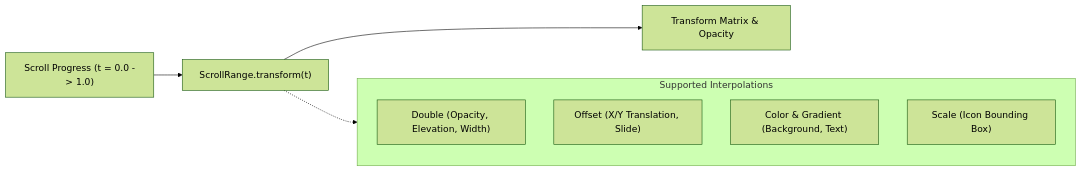
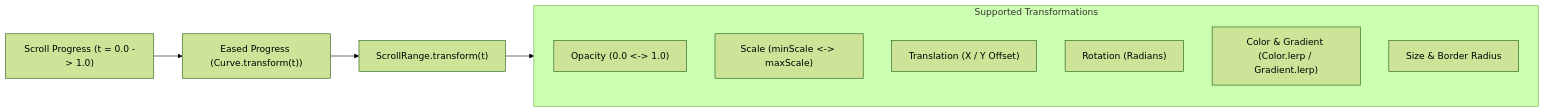
Before and after one commit to juwelzan/app_bar_ui: the second of 3 diagrams in ARCHITECTURE.md, drawn with Mermaid (forest theme). The commit also changed other lines of this file, not shown here.

Commit message:
docs(phase-1): finalize exhaustive architectural specifications across all 8 core domains

````diff
--- a/ARCHITECTURE.md
+++ b/ARCHITECTURE.md
@@ -92,15 +83,17 @@
 ```mermaid
 flowchart LR
-    ScrollProgress["Scroll Progress (t = 0.0 -> 1.0)"] --> ScrollRange["ScrollRange<T>.transform(t)"]
-    ScrollRange --> TransformApplied["Transform Matrix & Opacity"]
+    ScrollProgress["Scroll Progress (t = 0.0 -> 1.0)"] --> CurvedT["Eased Progress (Curve.transform(t))"]
+    CurvedT --> ScrollRange["ScrollRange<T>.transform(t)"]
     
-    subgraph Properties["Supported Interpolations"]
+    subgraph TransformProperties["Supported Transformations"]
         direction TB
-        P1["Double (Opacity, Elevation, Width)"]
-        P2["Offset (X/Y Translation, Slide)"]
-        P3["Color & Gradient (Background, Text)"]
-        P4["Scale (Icon Bounding Box)"]
+        T1["Opacity (0.0 <-> 1.0)"]
+        T2["Scale (minScale <-> maxScale)"]
+        T3["Translation (X / Y Offset)"]
+        T4["Rotation (Radians)"]
+        T5["Color & Gradient (Color.lerp / Gradient.lerp)"]
+        T6["Size & Border Radius"]
     end
     
-    ScrollRange -.-> Properties
+    ScrollRange --> TransformProperties
 ```
````
